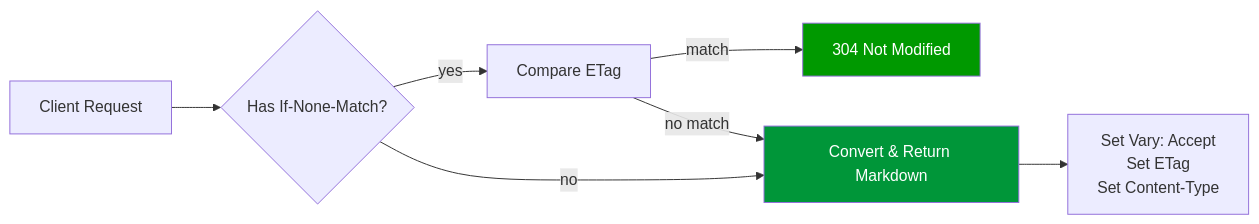
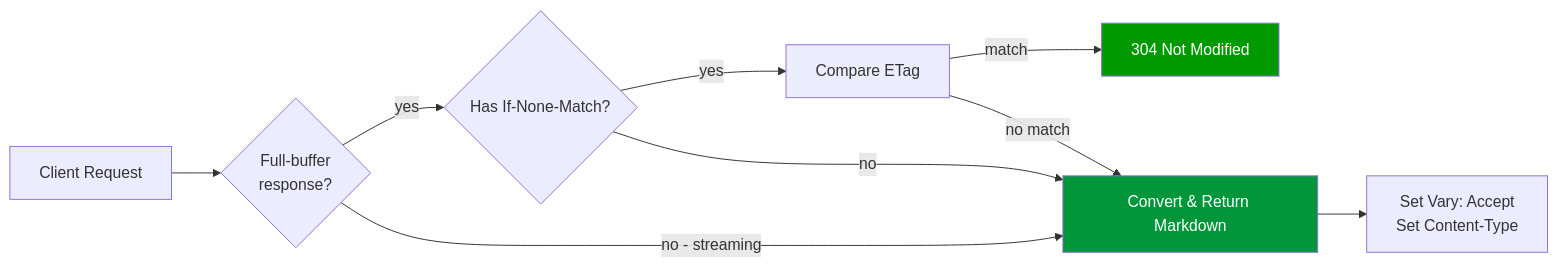
The diagram in docs/features/CACHE_AWARE_RESPONSES.md (cnkang/nginx-markdown-for-agents), drawn with Mermaid before and after one commit. The commit also changed other lines of this file and 727 other files, not shown here.

````diff
--- a/docs/features/CACHE_AWARE_RESPONSES.md
+++ b/docs/features/CACHE_AWARE_RESPONSES.md
@@ -5,12 +5,14 @@
 ```mermaid
 flowchart LR
-    Request["Client Request"] --> ETag{"Has If-None-Match?"}
+    Request["Client Request"] --> FullBuffer{"Full-buffer<br/>response?"}
+    FullBuffer -->|yes| ETag{"Has If-None-Match?"}
+    FullBuffer -->|no - streaming| Convert["Convert & Return Markdown"]
     ETag -->|yes| Compare["Compare ETag"]
     Compare -->|match| NotModified["304 Not Modified"]
-    Compare -->|no match| Convert["Convert & Return Markdown"]
+    Compare -->|no match| Convert
     ETag -->|no| Convert
-    Convert --> SetHeaders["Set Vary: Accept<br/>Set ETag<br/>Set Content-Type"]
-    
+    Convert --> SetHeaders["Set Vary: Accept<br/>Set Content-Type"]
+
     style NotModified fill:#090,color:#fff
     style Convert fill:#009639,color:#fff
 ```
````
